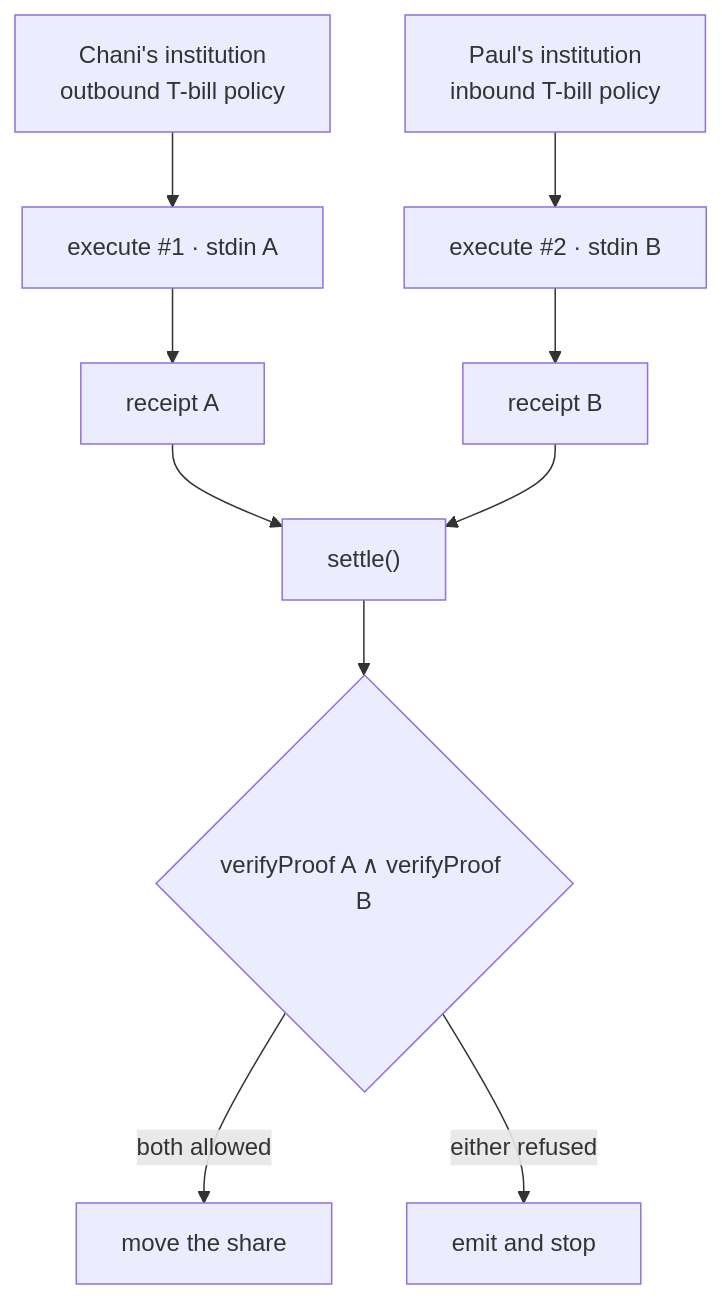
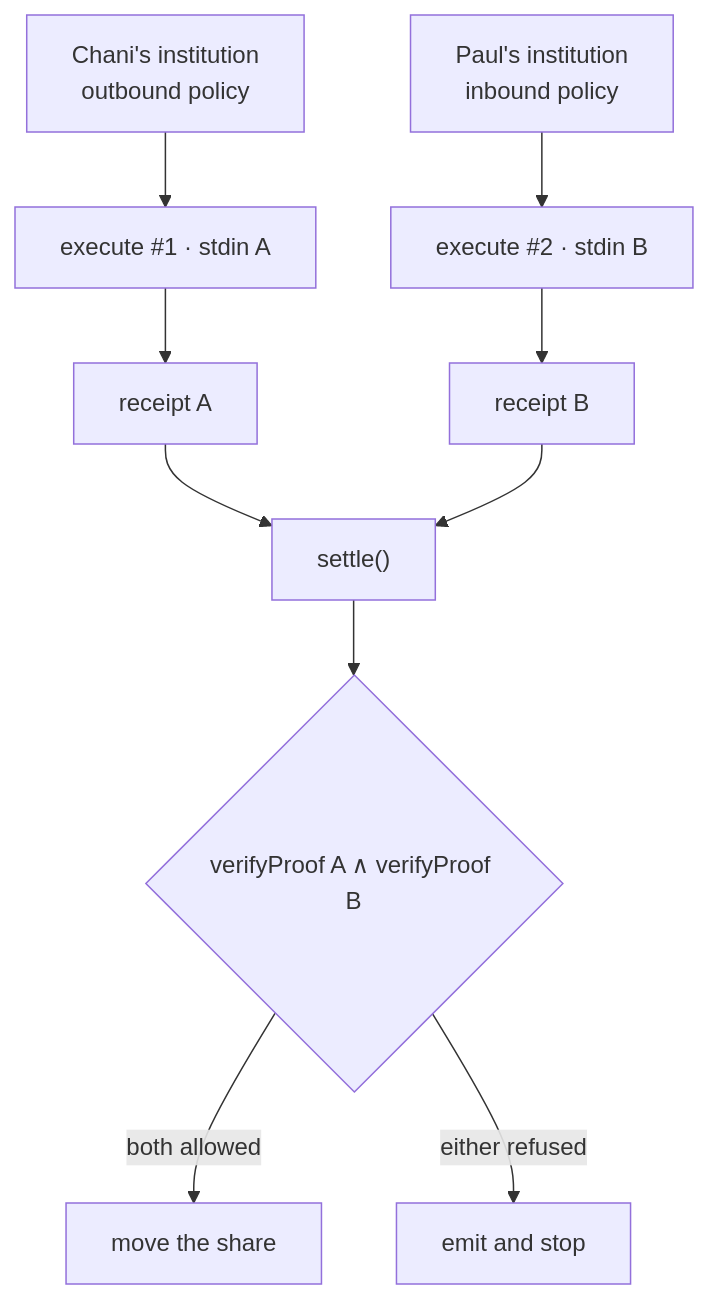
The second of 4 diagrams in README.md (hivinaynair/sietch), drawn with Mermaid before and after one commit. The commit also changed other lines of this file and 3 other files, not shown here.

````diff
--- a/README.md
+++ b/README.md
@@ -74,14 +82,14 @@
 ```mermaid
 flowchart TB
-  CI["Chani's institution<br/>outbound T-bill policy"]
-  PI["Paul's institution<br/>inbound T-bill policy"]
+  CI["Chani's institution<br/>outbound policy"]
+  PI["Paul's institution<br/>inbound policy"]
   CI --> E1["execute #1 · stdin A"]
   PI --> E2["execute #2 · stdin B"]
   E1 --> RA["receipt A"]
   E2 --> RB["receipt B"]
   RA --> S["settle()"]
   RB --> S
   S --> V{"verifyProof A ∧ verifyProof B"}
   V -->|both allowed| M["move the share"]
   V -->|either refused| X["emit and stop"]
 ```
````
